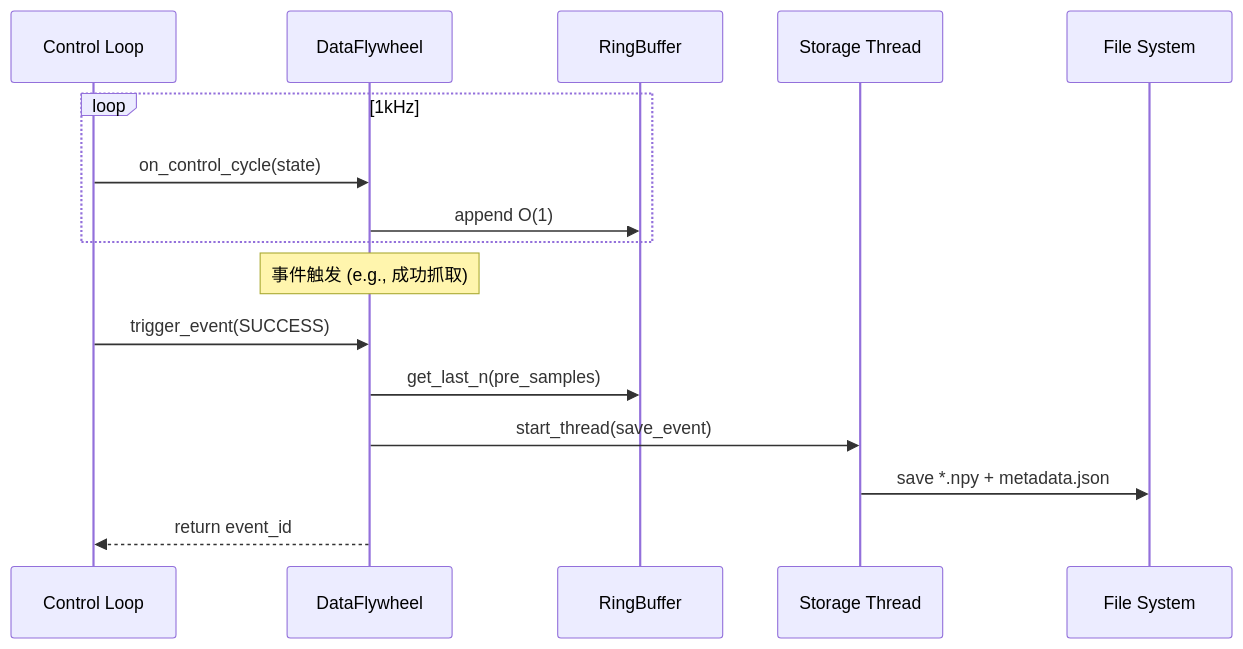
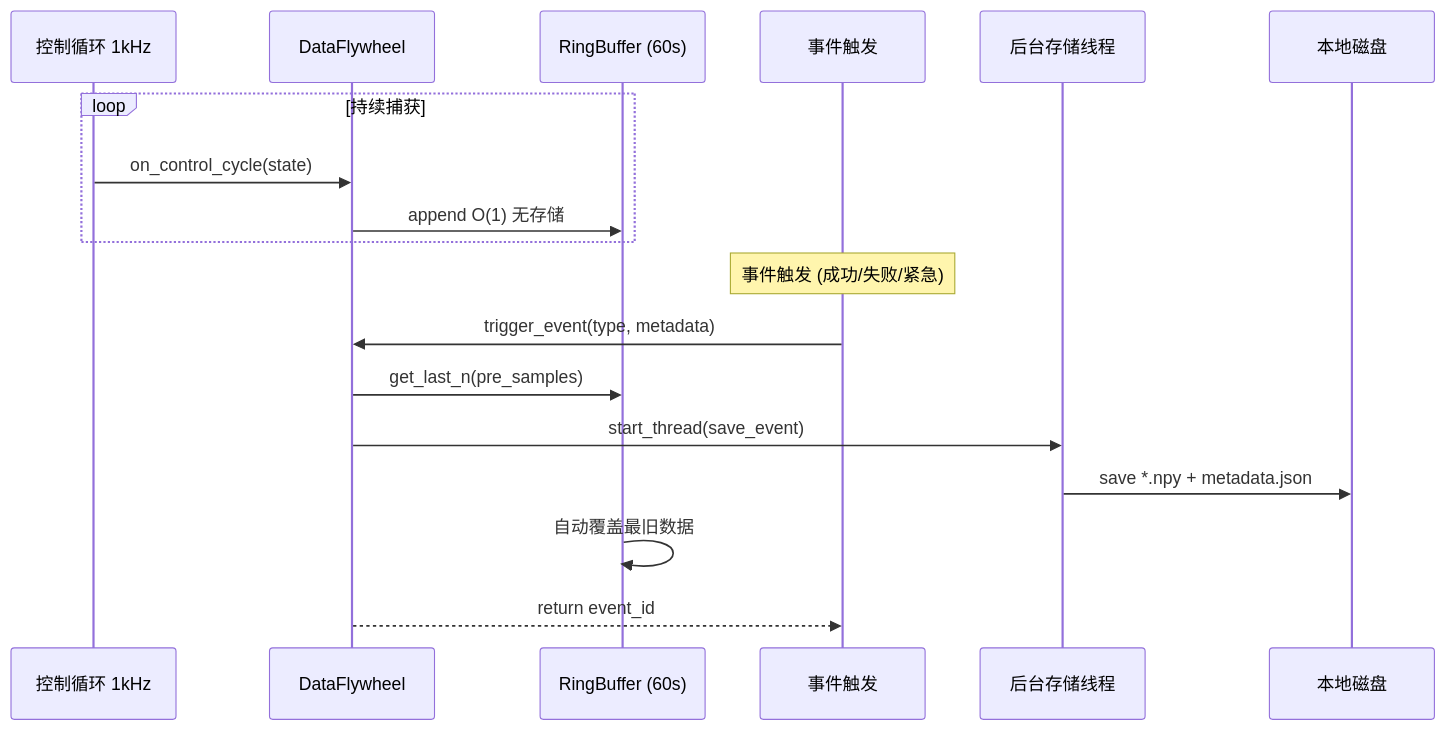
One commit to yongqingzs/legged_docs changed the sixth of 17 diagrams in robot-agents/rosclaw/ANALYSIS.md. Above: the diagram before and after it, drawn with Mermaid. The commit also changed other lines of this file and 2 other files, not shown here.

````diff
--- a/robot-agents/rosclaw/ANALYSIS.md
+++ b/robot-agents/rosclaw/ANALYSIS.md
@@ -247,20 +343,22 @@
 ```mermaid
 sequenceDiagram
-    participant CL as Control Loop
-    participant DB as DataFlywheel
-    participant RB as RingBuffer
-    participant ST as Storage Thread
-    participant FS as File System
+    participant CL as 控制循环 1kHz
+    participant DF as DataFlywheel
+    participant RB as RingBuffer (60s)
+    participant EVT as 事件触发
+    participant ST as 后台存储线程
+    participant FS as 本地磁盘
 
-    loop 1kHz
-        CL->>DB: on_control_cycle(state)
-        DB->>RB: append O(1)
+    loop 持续捕获
+        CL->>DF: on_control_cycle(state)
+        DF->>RB: append O(1) 无存储
     end
 
-    Note over DB: 事件触发 (e.g., 成功抓取)
-    CL->>DB: trigger_event(SUCCESS)
-    DB->>RB: get_last_n(pre_samples)
-    DB->>ST: start_thread(save_event)
+    Note over EVT: 事件触发 (成功/失败/紧急)
+    EVT->>DF: trigger_event(type, metadata)
+    DF->>RB: get_last_n(pre_samples)
+    DF->>ST: start_thread(save_event)
     ST->>FS: save *.npy + metadata.json
-    DB-->>CL: return event_id
+    RB->>RB: 自动覆盖最旧数据
+    DF-->>EVT: return event_id
 ```
````
